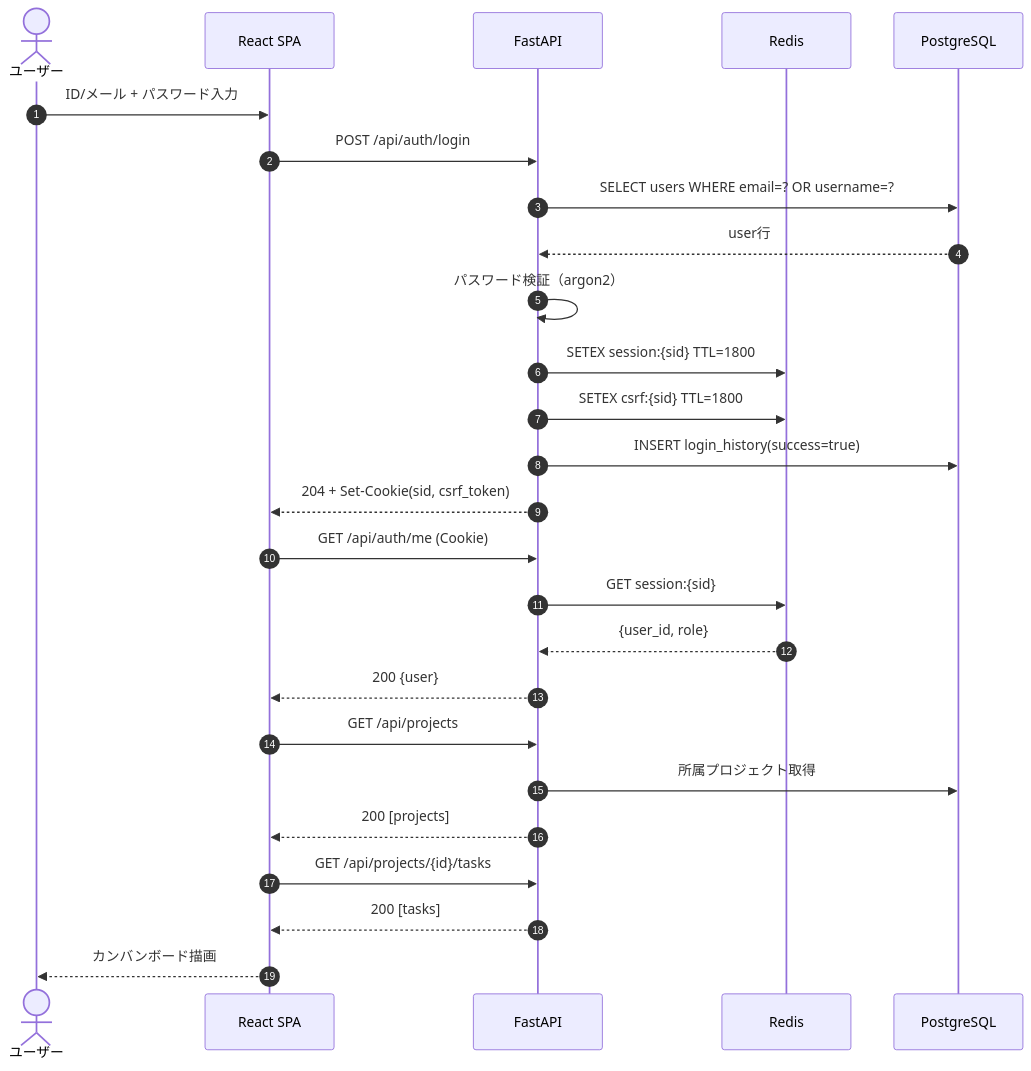
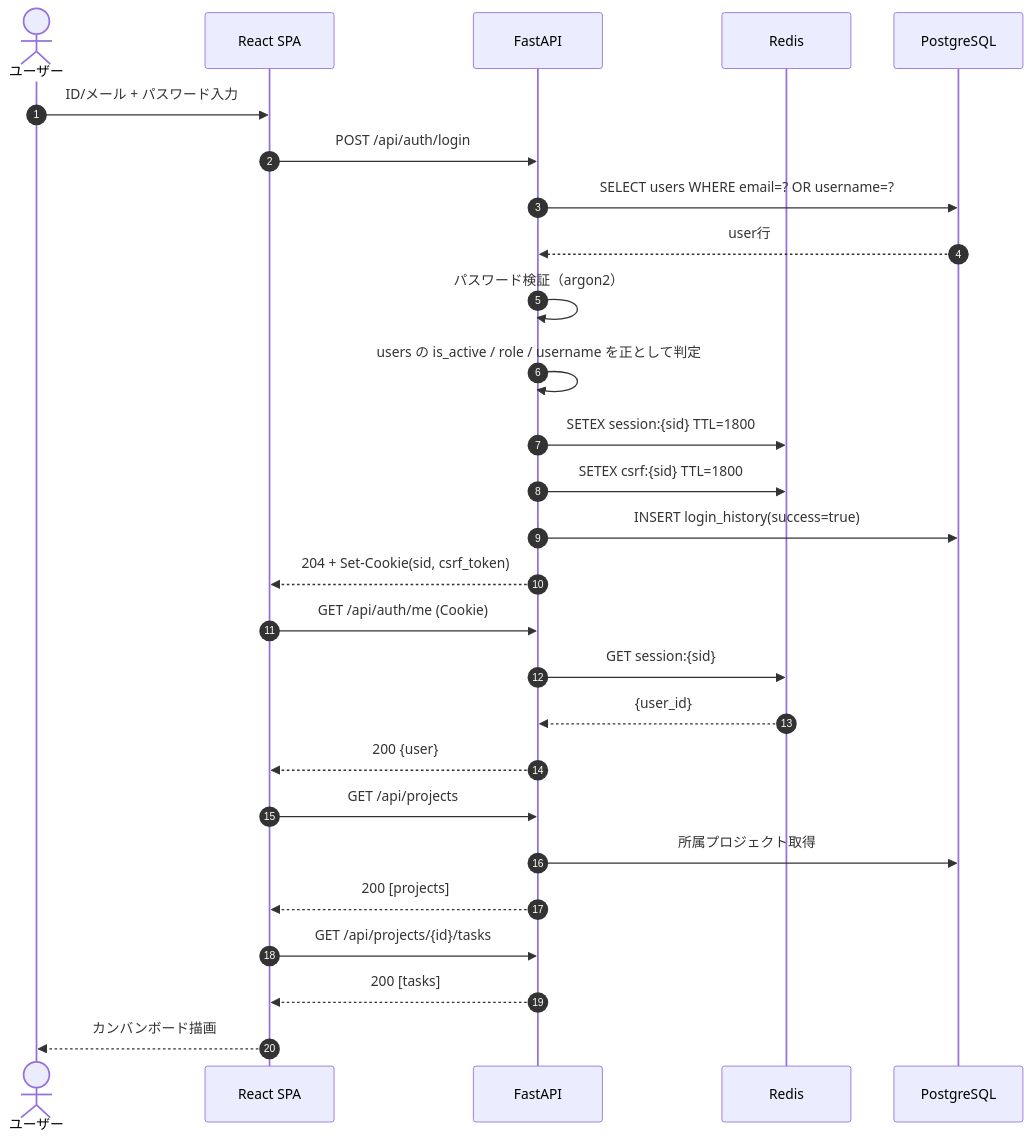
One commit to oikawa-d/task_management changed the fourth of 7 diagrams in basic_design/00_overview.md. Above: the diagram before and after it, drawn with Mermaid. The commit also changed other lines of this file and 15 other files, not shown here.

````diff
--- a/basic_design/00_overview.md
+++ b/basic_design/00_overview.md
@@ -166,29 +142,30 @@
 ```mermaid
 sequenceDiagram
     autonumber
     actor U as ユーザー
     participant FE as React SPA
     participant API as FastAPI
     participant RD as Redis
     participant PG as PostgreSQL
 
     U->>FE: ID/メール + パスワード入力
     FE->>API: POST /api/auth/login
     API->>PG: SELECT users WHERE email=? OR username=?
     PG-->>API: user行
     API->>API: パスワード検証（argon2）
+    API->>API: users の is_active / role / username を正として判定
     API->>RD: SETEX session:{sid} TTL=1800
     API->>RD: SETEX csrf:{sid} TTL=1800
     API->>PG: INSERT login_history(success=true)
     API-->>FE: 204 + Set-Cookie(sid, csrf_token)
     FE->>API: GET /api/auth/me (Cookie)
     API->>RD: GET session:{sid}
-    RD-->>API: {user_id, role}
+    RD-->>API: {user_id}
     API-->>FE: 200 {user}
     FE->>API: GET /api/projects
     API->>PG: 所属プロジェクト取得
     API-->>FE: 200 [projects]
     FE->>API: GET /api/projects/{id}/tasks
     API-->>FE: 200 [tasks]
     FE-->>U: カンバンボード描画
 ```
````
